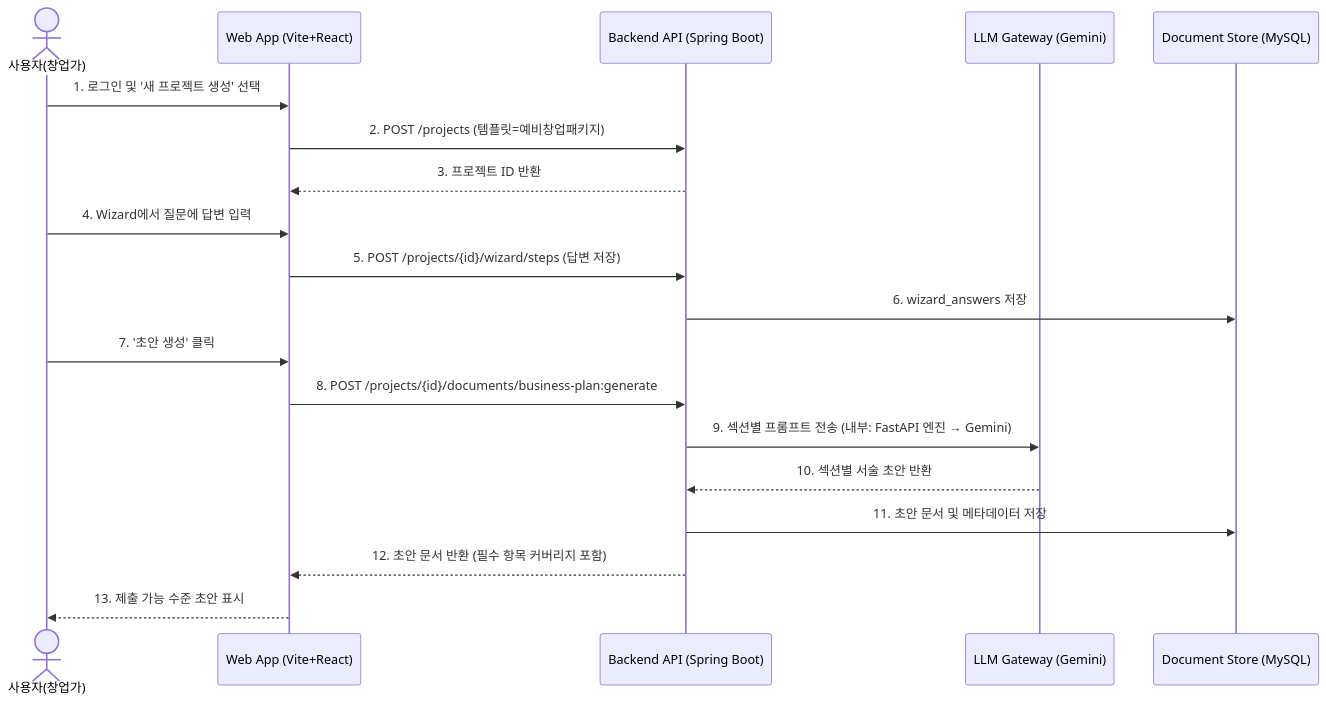
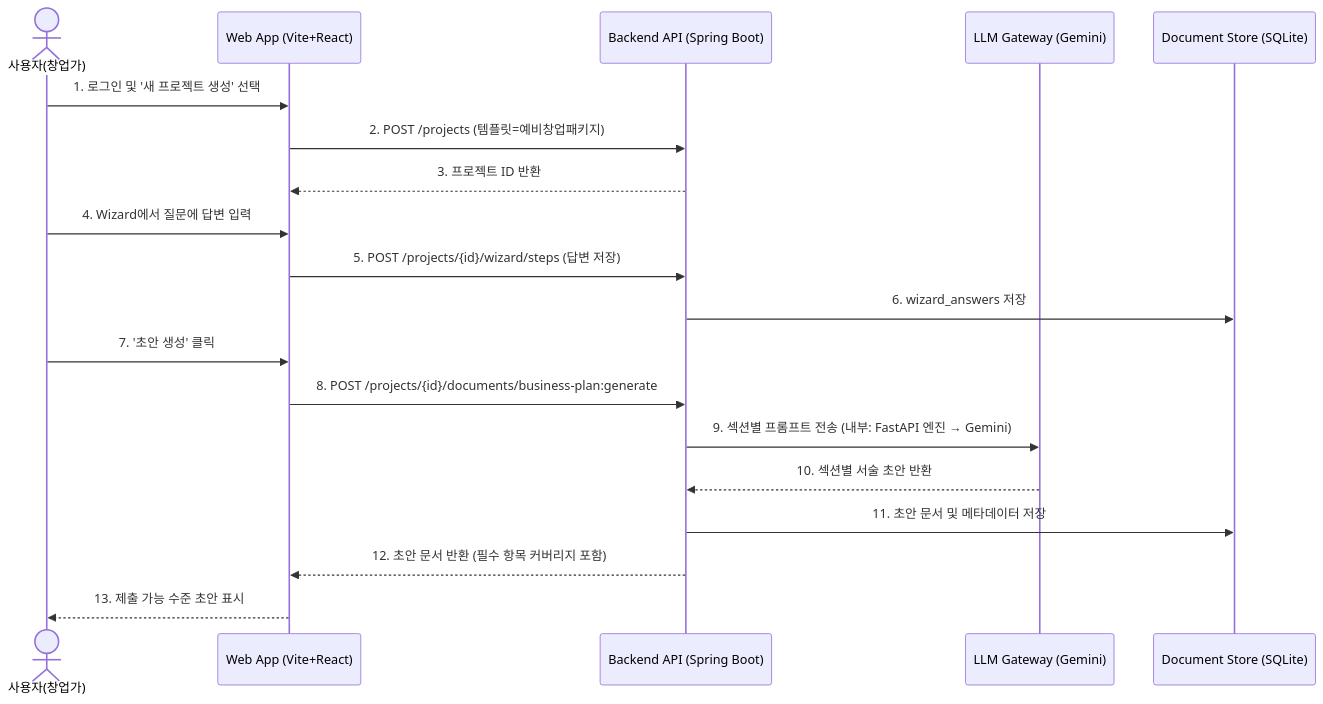
One commit to wild-mental/bizplan-be-inclass changed the first of 5 diagrams in docs/10_GPT-SRS-V3.md. Above: the diagram before and after it, drawn with Mermaid. The commit also changed other lines of this file and 19 other files, not shown here.

````diff
--- a/docs/10_GPT-SRS-V3.md
+++ b/docs/10_GPT-SRS-V3.md
@@ -160,22 +160,22 @@
    ```mermaid
    sequenceDiagram
        actor Founder as 사용자(창업가)
        participant Web as Web App (Vite+React)
        participant API as Backend API (Spring Boot)
        participant LLM as LLM Gateway (Gemini)
-       participant Store as Document Store (MySQL)
+       participant Store as Document Store (SQLite)
 
        Founder->>Web: 1. 로그인 및 '새 프로젝트 생성' 선택
        Web->>API: 2. POST /projects (템플릿=예비창업패키지)
        API-->>Web: 3. 프로젝트 ID 반환
        Founder->>Web: 4. Wizard에서 질문에 답변 입력
        Web->>API: 5. POST /projects/{id}/wizard/steps (답변 저장)
        API->>Store: 6. wizard_answers 저장
        Founder->>Web: 7. '초안 생성' 클릭
        Web->>API: 8. POST /projects/{id}/documents/business-plan:generate
        API->>LLM: 9. 섹션별 프롬프트 전송 (내부: FastAPI 엔진 → Gemini)
        LLM-->>API: 10. 섹션별 서술 초안 반환
        API->>Store: 11. 초안 문서 및 메타데이터 저장
        API-->>Web: 12. 초안 문서 반환 (필수 항목 커버리지 포함)
        Web-->>Founder: 13. 제출 가능 수준 초안 표시
    ```
````
